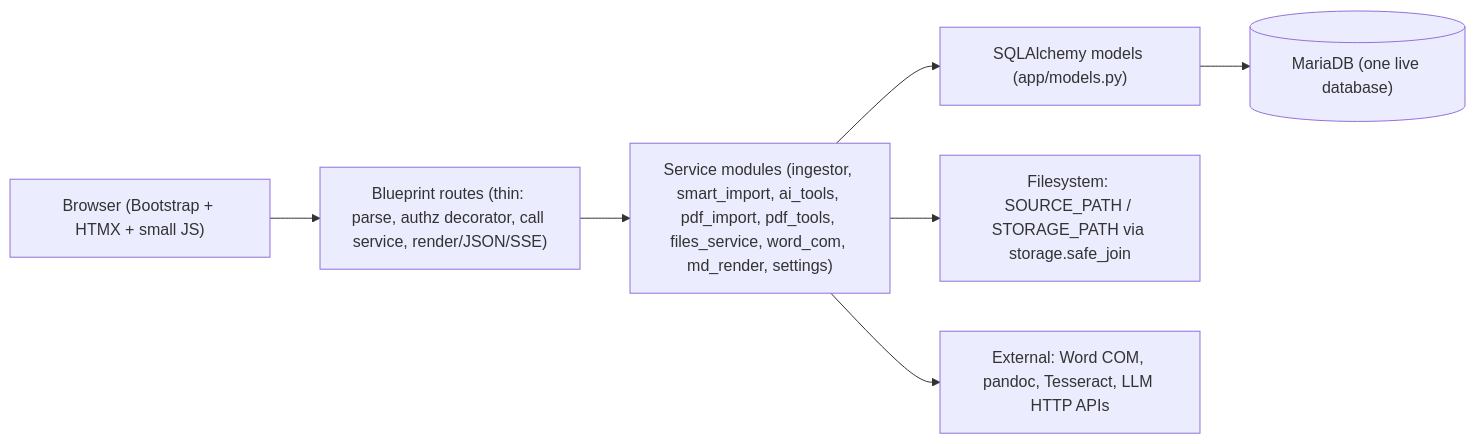
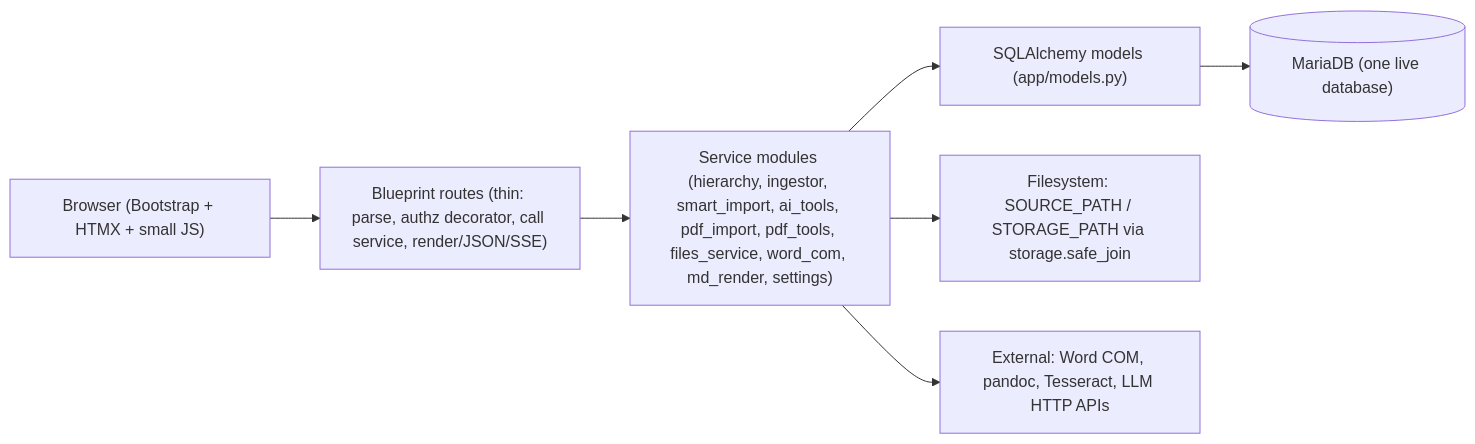
One commit to lst3245/oqb2 changed the diagram in ARCHITECTURE.md. Above: the diagram before and after it, drawn with Mermaid. The commit also changed other lines of this file and 57 other files, not shown here.

````diff
--- a/ARCHITECTURE.md
+++ b/ARCHITECTURE.md
@@ -45,9 +47,9 @@
 ```mermaid
 flowchart LR
   Browser["Browser (Bootstrap + HTMX + small JS)"] --> Routes["Blueprint routes (thin: parse, authz decorator, call service, render/JSON/SSE)"]
-  Routes --> Services["Service modules (ingestor, smart_import, ai_tools, pdf_import, pdf_tools, files_service, word_com, md_render, settings)"]
+  Routes --> Services["Service modules (hierarchy, ingestor, smart_import, ai_tools, pdf_import, pdf_tools, files_service, word_com, md_render, settings)"]
   Services --> Models["SQLAlchemy models (app/models.py)"]
   Services --> FS["Filesystem: SOURCE_PATH / STORAGE_PATH via storage.safe_join"]
   Services --> Ext["External: Word COM, pandoc, Tesseract, LLM HTTP APIs"]
   Models --> DB[("MariaDB (one live database)")]
 ```
````
